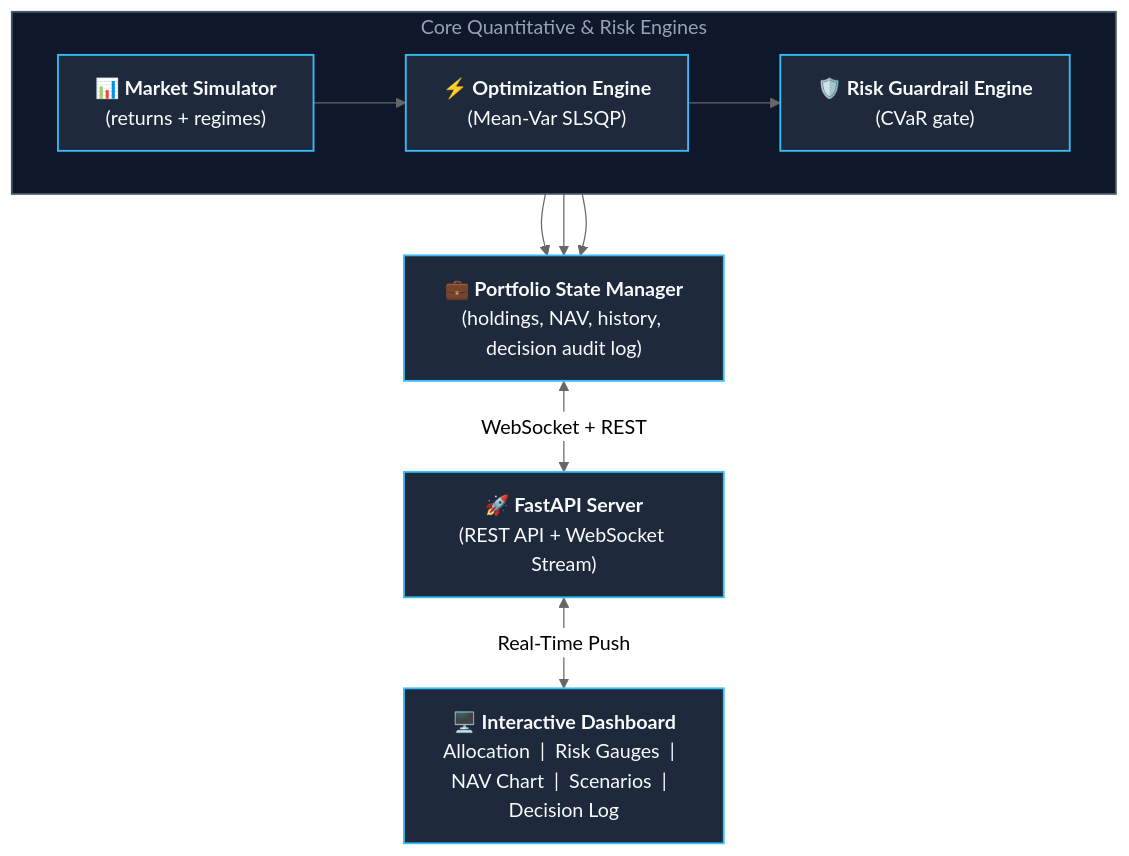
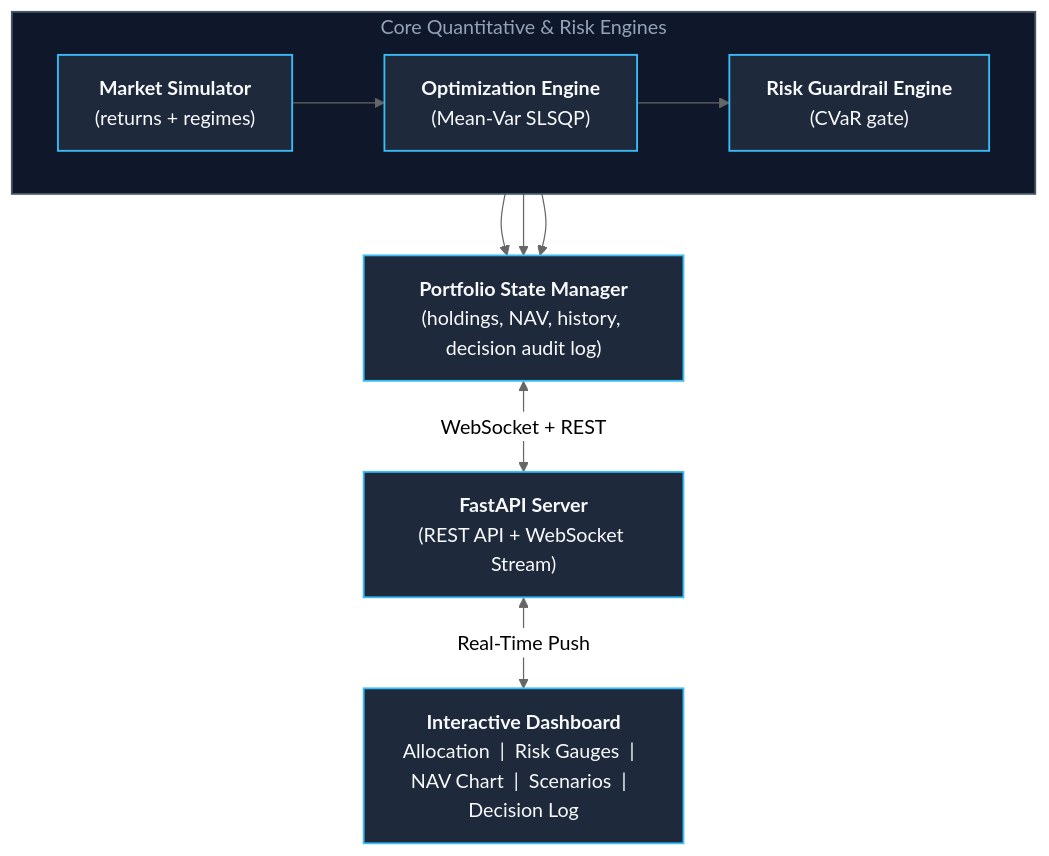
Before and after one commit to tarun05-design/FortressFi: the diagram in README.md, drawn with Mermaid (neutral theme). The commit also changed other lines of this file and 2 other files, not shown here.

````diff
--- a/README.md
+++ b/README.md
@@ -36,25 +34,25 @@
 ```mermaid
 flowchart TD
     subgraph CoreEngine["Core Quantitative & Risk Engines"]
         direction LR
-        A["📊 <b>Market Simulator</b><br/>(returns + regimes)"]
-        B["⚡ <b>Optimization Engine</b><br/>(Mean-Var SLSQP)"]
-        C["🛡️ <b>Risk Guardrail Engine</b><br/>(CVaR gate)"]
+        A["<b>Market Simulator</b><br/>(returns + regimes)"]
+        B["<b>Optimization Engine</b><br/>(Mean-Var SLSQP)"]
+        C["<b>Risk Guardrail Engine</b><br/>(CVaR gate)"]
         A --> B
         B --> C
     end
 
-    D["💼 <b>Portfolio State Manager</b><br/>(holdings, NAV, history, decision audit log)"]
-    E["🚀 <b>FastAPI Server</b><br/>(REST API + WebSocket Stream)"]
-    F["🖥️ <b>Interactive Dashboard</b><br/>Allocation  |  Risk Gauges  |  NAV Chart  |  Scenarios  |  Decision Log"]
+    D["<b>Portfolio State Manager</b><br/>(holdings, NAV, history, decision audit log)"]
+    E["<b>FastAPI Server</b><br/>(REST API + WebSocket Stream)"]
+    F["<b>Interactive Dashboard</b><br/>Allocation  |  Risk Gauges  |  NAV Chart  |  Scenarios  |  Decision Log"]
 
     A --> D
     B --> D
     C --> D
     D <-->|"WebSocket + REST"| E
     E <-->|"Real-Time Push"| F
 
     classDef default fill:#1e293b,stroke:#38bdf8,stroke-width:1.5px,color:#f8fafc;
     classDef container fill:#0f172a,stroke:#475569,stroke-width:1.5px,color:#94a3b8;
     class CoreEngine container;
 ```
````
